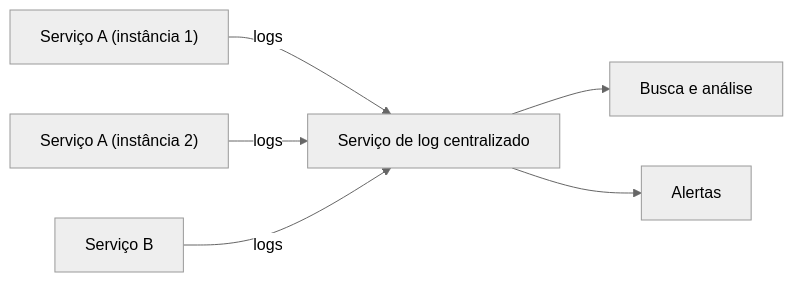
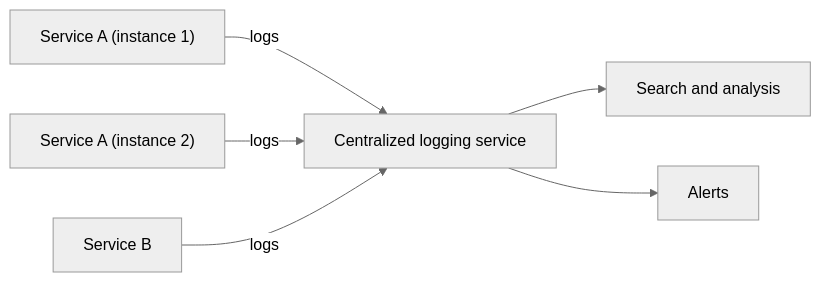
One commit to alancesar/design-patterns changed the diagram in docs/architecture/microservices/observability/log-aggregation.md. Above: the diagram before and after it, drawn with Mermaid (neutral theme). The commit also changed 258 other files, not shown here.

First line of the commit message:
Translate Mermaid diagrams to English

````diff
--- a/docs/architecture/microservices/observability/log-aggregation.md
+++ b/docs/architecture/microservices/observability/log-aggregation.md
@@ -53,8 +53,8 @@
 ```mermaid
 flowchart LR
-    A1["Serviço A (instância 1)"] -->|"logs"| C["Serviço de log centralizado"]
-    A2["Serviço A (instância 2)"] -->|"logs"| C
-    B["Serviço B"] -->|"logs"| C
-    C --> S["Busca e análise"]
-    C --> AL["Alertas"]
+    A1["Service A (instance 1)"] -->|"logs"| C["Centralized logging service"]
+    A2["Service A (instance 2)"] -->|"logs"| C
+    B["Service B"] -->|"logs"| C
+    C --> S["Search and analysis"]
+    C --> AL["Alerts"]
 ```
````
